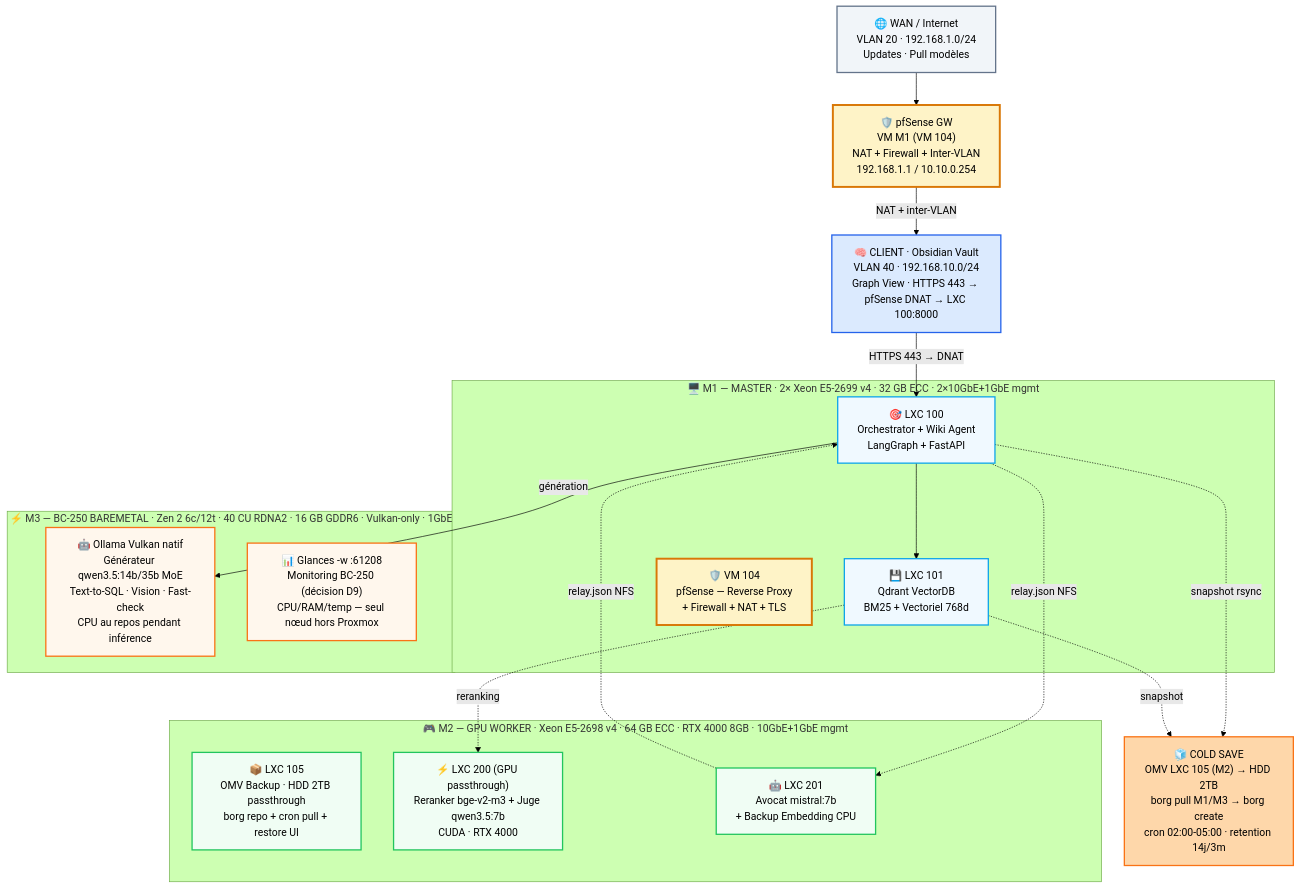
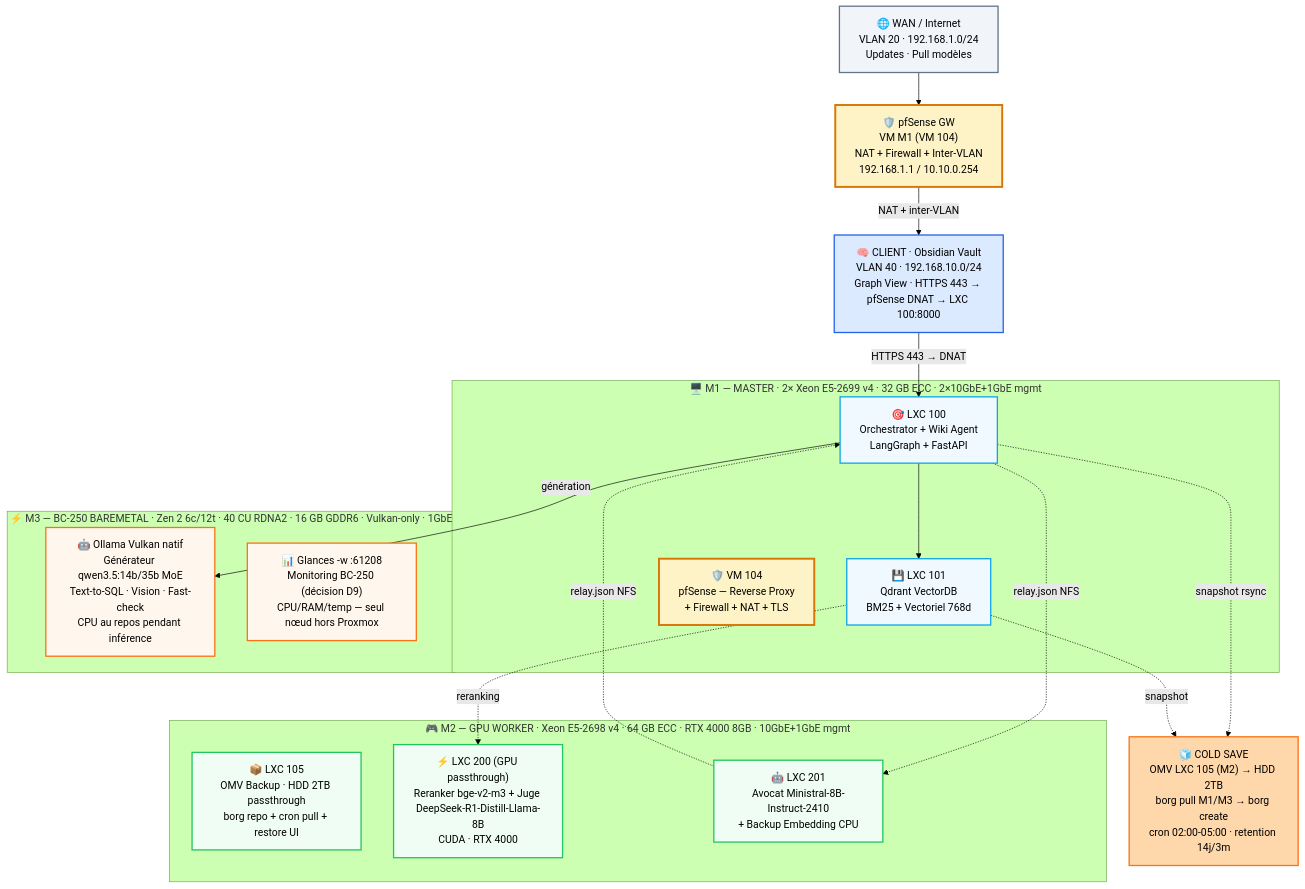
One commit to chelmooz/rag-multi-agent-cluster changed the diagram in docs/diagrams/06-physical-topology.md. Above: the diagram before and after it, drawn with Mermaid (forest theme). The commit also changed 8 other files, not shown here.

Commit message:
docs(models): replace stale qwen3.5:7b / mistral-small-3.2:7b refs with HF Q4_K_M ids (C4.1)

````diff
--- a/docs/diagrams/06-physical-topology.md
+++ b/docs/diagrams/06-physical-topology.md
@@ -1,44 +1,44 @@
 ```mermaid
 flowchart TB
     classDef wan fill:#f1f5f9,stroke:#64748b,stroke-width:2px
     classDef fw fill:#fef3c7,stroke:#d97706,stroke-width:3px
     classDef m1 fill:#f0f9ff,stroke:#0ea5e9,stroke-width:2px
     classDef m2 fill:#f0fdf4,stroke:#22c55e,stroke-width:2px
     classDef m3 fill:#fff7ed,stroke:#f97316,stroke-width:2px
     classDef client fill:#dbeafe,stroke:#2563eb,stroke-width:2px
     classDef cold fill:#fed7aa,stroke:#f97316,stroke-width:2px
 
     WAN["🌐 WAN / Internet<br/>VLAN 20 · 192.168.1.0/24<br/>Updates · Pull modèles"]:::wan
     GW["🛡️ pfSense GW<br/>VM M1 (VM 104)<br/>NAT + Firewall + Inter-VLAN<br/>192.168.1.1 / 10.10.0.254"]:::fw
     Client["🧠 CLIENT · Obsidian Vault<br/>VLAN 40 · 192.168.10.0/24<br/>Graph View · HTTPS 443 → pfSense DNAT → LXC 100:8000"]:::client
 
     subgraph M1["🖥️ M1 — MASTER · 2× Xeon E5-2699 v4 · 32 GB ECC · 2×10GbE+1GbE mgmt"]
         LXC100["🎯 LXC 100<br/>Orchestrator + Wiki Agent<br/>LangGraph + FastAPI"]:::m1
         LXC101["💾 LXC 101<br/>Qdrant VectorDB<br/>BM25 + Vectoriel 768d"]:::m1
         VM104["🛡️ VM 104<br/>pfSense — Reverse Proxy<br/>+ Firewall + NAT + TLS"]:::fw
     end
 
     subgraph M2["🎮 M2 — GPU WORKER · Xeon E5-2698 v4 · 64 GB ECC · RTX 4000 8GB · 10GbE+1GbE mgmt"]
         LXC105["📦 LXC 105<br/>OMV Backup · HDD 2TB passthrough<br/>borg repo + cron pull + restore UI"]:::m2
-        LXC200["⚡ LXC 200 (GPU passthrough)<br/>Reranker bge-v2-m3 + Juge qwen3.5:7b<br/>CUDA · RTX 4000"]:::m2
-        LXC201["🤖 LXC 201<br/>Avocat mistral:7b<br/>+ Backup Embedding CPU"]:::m2
+        LXC200["⚡ LXC 200 (GPU passthrough)<br/>Reranker bge-v2-m3 + Juge DeepSeek-R1-Distill-Llama-8B<br/>CUDA · RTX 4000"]:::m2
+        LXC201["🤖 LXC 201<br/>Avocat Ministral-8B-Instruct-2410<br/>+ Backup Embedding CPU"]:::m2
     end
 
     subgraph M3["⚡ M3 — BC-250 BAREMETAL · Zen 2 6c/12t · 40 CU RDNA2 · 16 GB GDDR6 · Vulkan-only · 1GbE"]
         Ollama["🤖 Ollama Vulkan natif<br/>Générateur qwen3.5:14b/35b MoE<br/>Text-to-SQL · Vision · Fast-check<br/>CPU au repos pendant inférence"]:::m3
         Glances["📊 Glances -w :61208<br/>Monitoring BC-250 (décision D9)<br/>CPU/RAM/temp — seul nœud hors Proxmox"]:::m3
     end
 
     Cold["🧊 COLD SAVE<br/>OMV LXC 105 (M2) → HDD 2TB<br/>borg pull M1/M3 → borg create<br/>cron 02:00-05:00 · retention 14j/3m"]:::cold
 
     WAN --> GW
     GW -->|NAT + inter-VLAN| Client
     Client -->|HTTPS 443 → DNAT| LXC100
     LXC100 --> LXC101
     LXC100 -.->|relay.json NFS| LXC201
     LXC201 -.->|relay.json NFS| LXC100
     LXC100 -->|génération| Ollama
     LXC101 -.->|reranking| LXC200
     LXC100 -.->|snapshot rsync| Cold
     LXC101 -.->|snapshot| Cold
 ```
````
